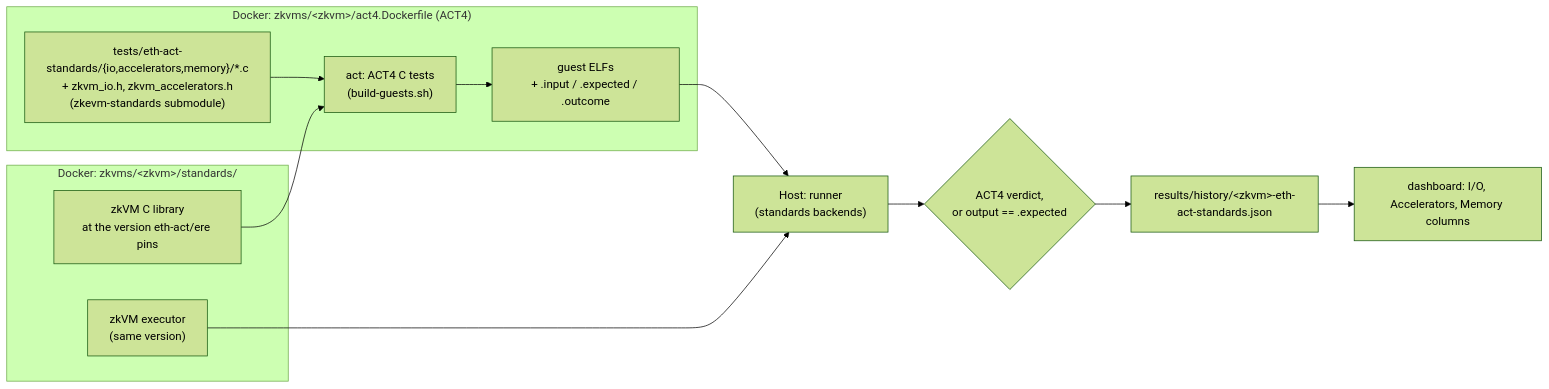
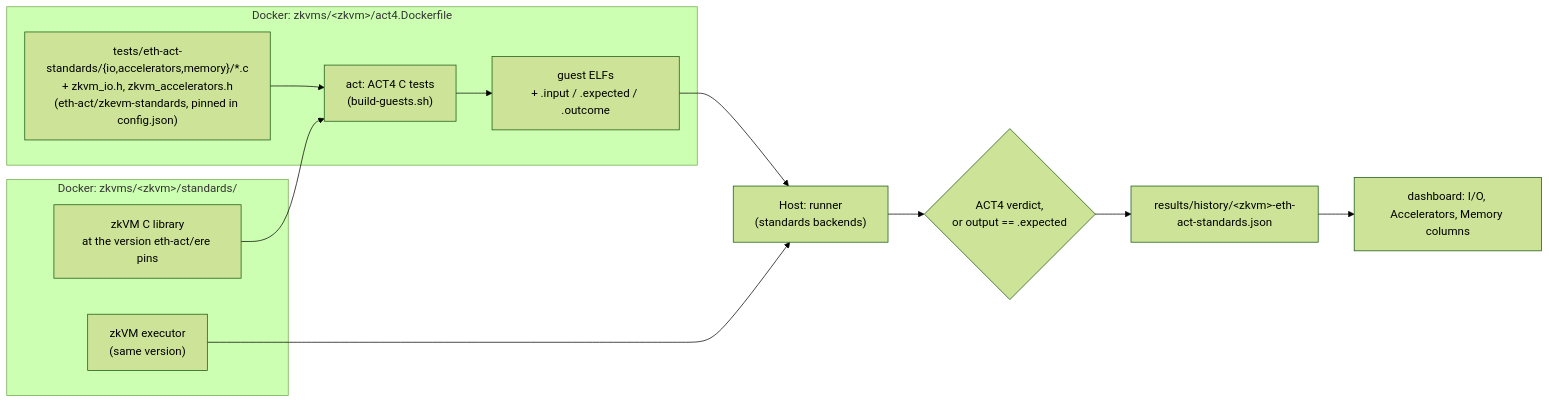
The second of 2 diagrams in README.md (eth-act/zkevm-test-monitor), drawn with Mermaid (forest theme) before and after one commit. The commit also changed 6 other files, not shown here.

First line of the commit message:
eth-act standards tests: pin zkevm-standards in config.json, not a submodule

````diff
--- a/README.md
+++ b/README.md
@@ -46,17 +46,17 @@
 ```mermaid
 flowchart LR
     subgraph image["Docker: zkvms/&lt;zkvm&gt;/standards/"]
         vendor["zkVM C library<br/>at the version eth-act/ere pins"]
         exe["zkVM executor<br/>(same version)"]
     end
-    subgraph act["Docker: zkvms/&lt;zkvm&gt;/act4.Dockerfile (ACT4)"]
-        src["tests/eth-act-standards/{io,accelerators,memory}/*.c<br/>+ zkvm_io.h, zkvm_accelerators.h<br/>(zkevm-standards submodule)"] --> build["act: ACT4 C tests<br/>(build-guests.sh)"]
+    subgraph act["Docker: zkvms/&lt;zkvm&gt;/act4.Dockerfile"]
+        src["tests/eth-act-standards/{io,accelerators,memory}/*.c<br/>+ zkvm_io.h, zkvm_accelerators.h<br/>(eth-act/zkevm-standards, pinned in config.json)"] --> build["act: ACT4 C tests<br/>(build-guests.sh)"]
         build --> elfs["guest ELFs<br/>+ .input / .expected / .outcome"]
     end
     vendor --> build
     elfs --> runner["Host: runner<br/>(standards backends)"]
     exe --> runner
     runner --> verdict{"ACT4 verdict,<br/>or output == .expected"}
     verdict --> hist["results/history/&lt;zkvm&gt;-eth-act-standards.json"]
     hist --> dash["dashboard: I/O, Accelerators, Memory columns"]
 ```
````
